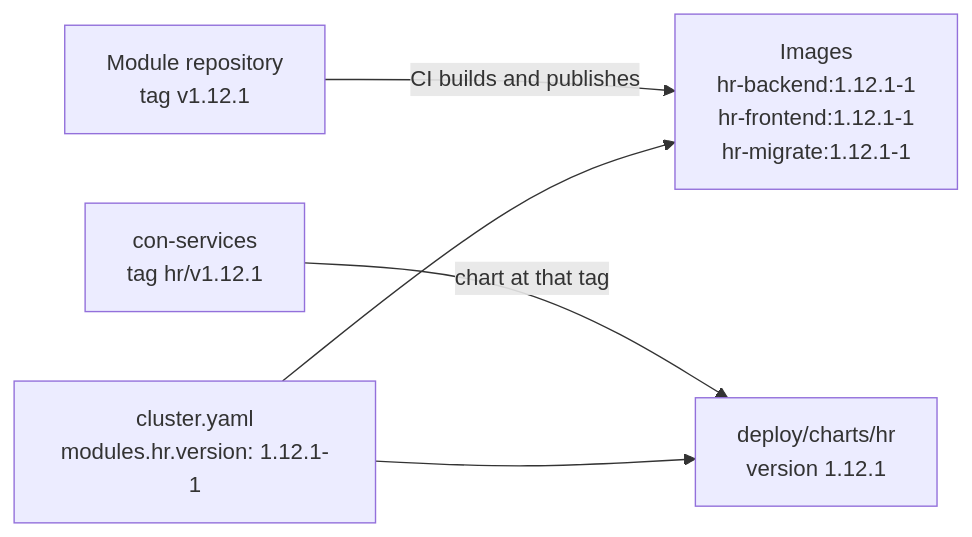
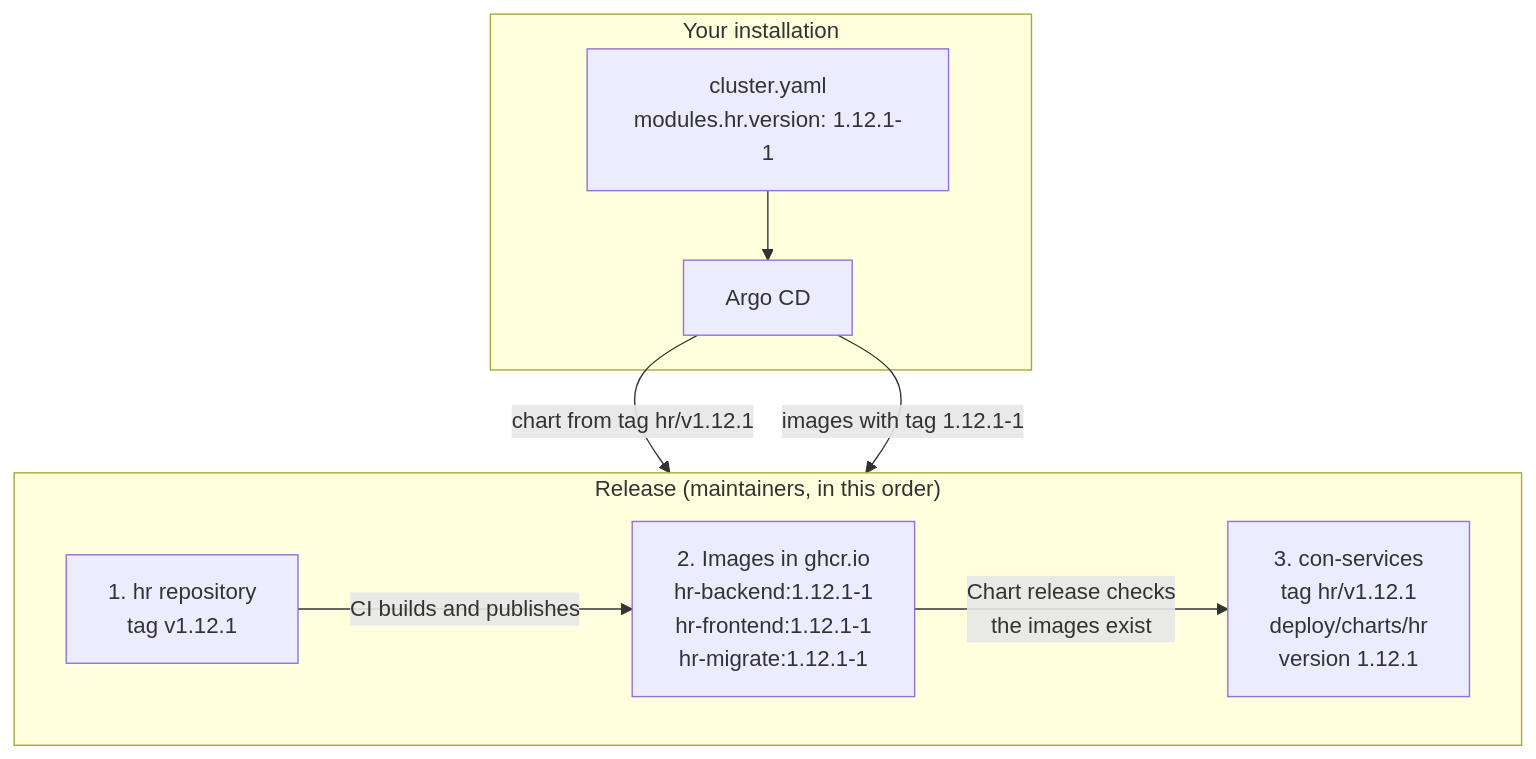
The diagram in docs/operations/versioning.md (AGlElectronics/con-services), drawn with Mermaid before and after one commit.

Commit message:
docs(versioning): diagram shows the release order and that cluster.yaml selects the chart tag

````diff
--- a/docs/operations/versioning.md
+++ b/docs/operations/versioning.md
@@ -163,7 +163,13 @@
 ```mermaid
-flowchart LR
-  A["Module repository<br/>tag v1.12.1"] -->|CI builds and publishes| B["Images<br/>hr-backend:1.12.1-1<br/>hr-frontend:1.12.1-1<br/>hr-migrate:1.12.1-1"]
-  C["con-services<br/>tag hr/v1.12.1"] -->|chart at that tag| D["deploy/charts/hr<br/>version 1.12.1"]
-  E["cluster.yaml<br/>modules.hr.version: 1.12.1-1"] --> B
-  E --> D
+flowchart TB
+  subgraph release["Release (maintainers, in this order)"]
+    direction LR
+    A["1. hr repository<br/>tag v1.12.1"] -->|CI builds and publishes| B["2. Images in ghcr.io<br/>hr-backend:1.12.1-1<br/>hr-frontend:1.12.1-1<br/>hr-migrate:1.12.1-1"]
+    B -->|Chart release checks<br/>the images exist| C["3. con-services<br/>tag hr/v1.12.1<br/>deploy/charts/hr<br/>version 1.12.1"]
+  end
+  subgraph install["Your installation"]
+    E["cluster.yaml<br/>modules.hr.version: 1.12.1-1"] --> F["Argo CD"]
+  end
+  F -->|"chart from tag hr/v1.12.1"| C
+  F -->|"images with tag 1.12.1-1"| B
 ```
````
